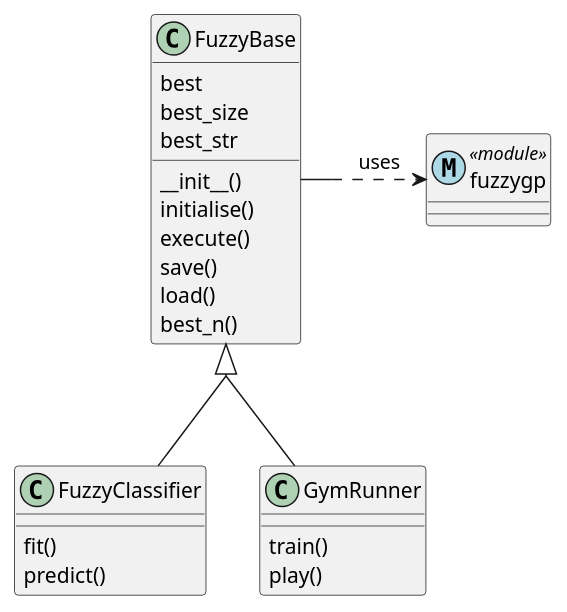
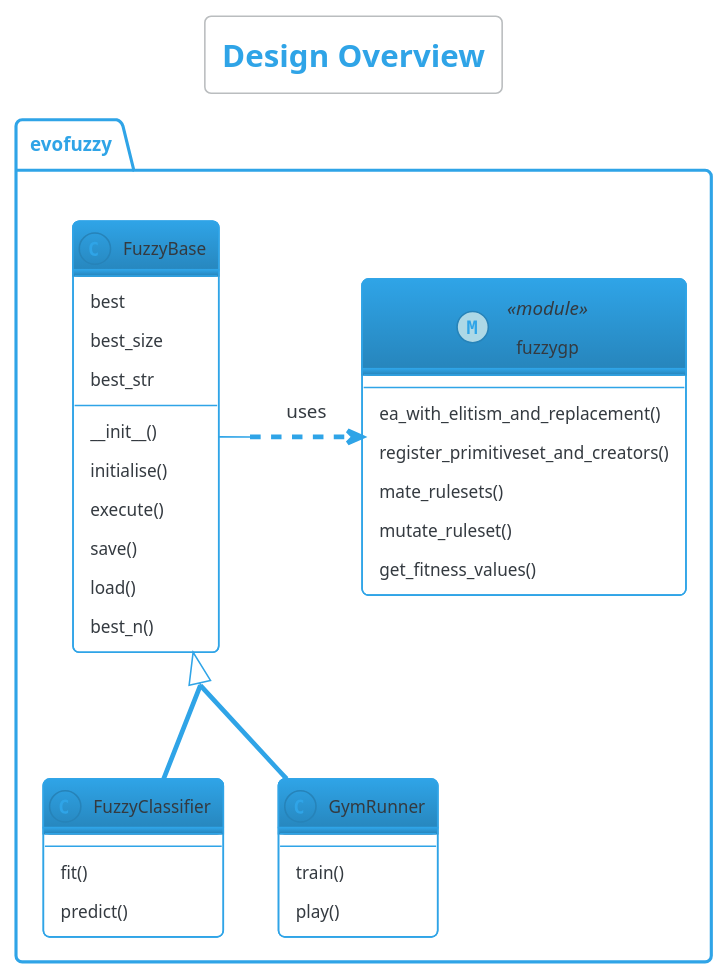
The diagram in report/architecture.puml (davekirby/EFFProject), drawn with PlantUML before and after one commit. The commit also changed 6 other files, not shown here.

Commit message:
More renamings.  Generated class diagram for design write up

```diff
--- a/report/architecture.puml
+++ b/report/architecture.puml
@@ -1,37 +1,49 @@
 @startuml
+
+!theme cerulean-outline 
 
 skinparam groupInheritance 2
 
-class FuzzyBase {
-    __init__()
-    initialise()
-    execute()
-    save()
-    load()
-    best
-    best_n()
-    best_size
-    best_str
-} 
+title Design Overview
 
-class fuzzygp << (M, lightblue) module >> {
-    
+package evofuzzy {
+
+
+    class FuzzyBase {
+        __init__()
+        initialise()
+        execute()
+        save()
+        load()
+        best
+        best_n()
+        best_size
+        best_str
+    } 
+
+    class fuzzygp << (M, lightblue) module >> {
+        ea_with_elitism_and_replacement()
+        register_primitiveset_and_creators()
+        mate_rulesets()
+        mutate_ruleset()
+        get_fitness_values()
+    }
+
+    class FuzzyClassifier {
+        fit()
+        predict()
+    }
+
+    class GymRunner{
+        train()
+        play()
+    }
+
+    FuzzyBase .right.> fuzzygp : uses
+
+    FuzzyBase <|-- FuzzyClassifier
+    FuzzyBase <|-- GymRunner
+
 }
 
-class FuzzyClassifier {
-    fit()
-    predict()
-}
-
-class GymRunner{
-    train()
-    play()
-}
-
-FuzzyBase .right.> fuzzygp : uses
-
-
-FuzzyBase <|-- FuzzyClassifier
-FuzzyBase <|-- GymRunner
-
 @enduml
```
